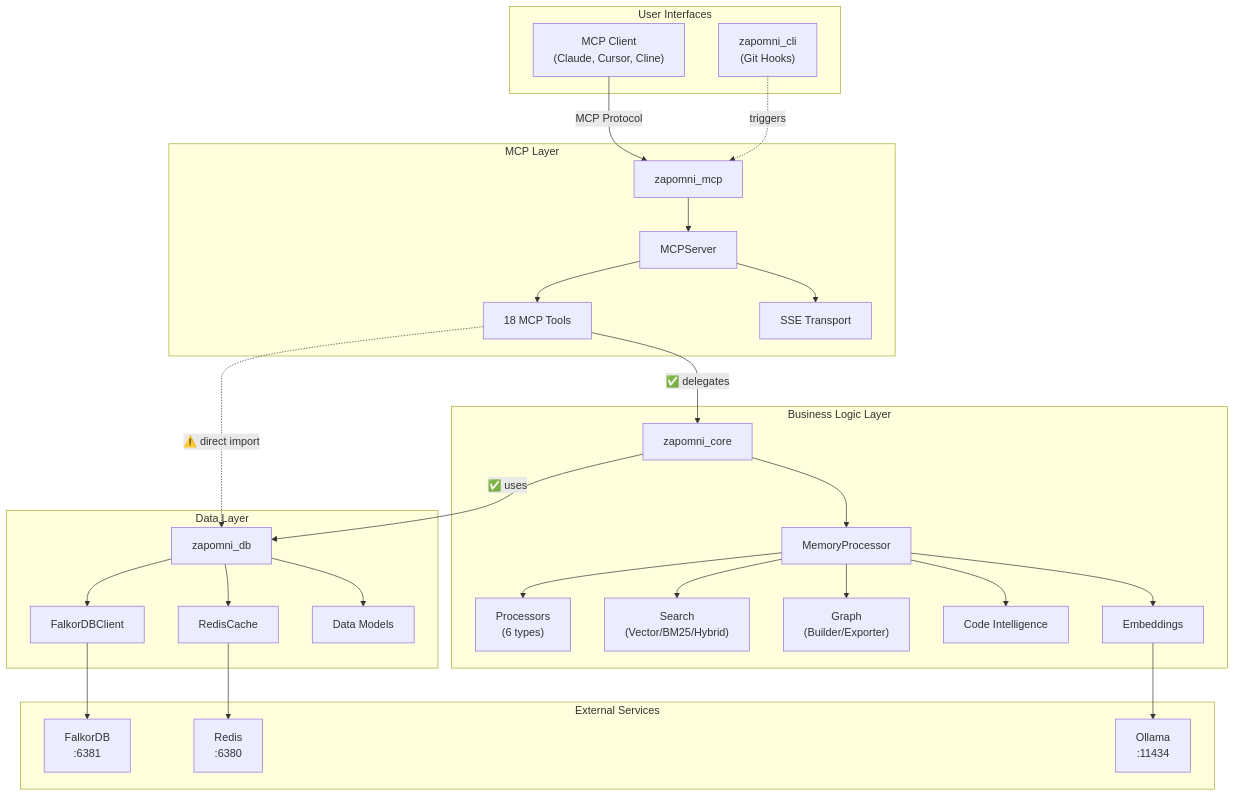
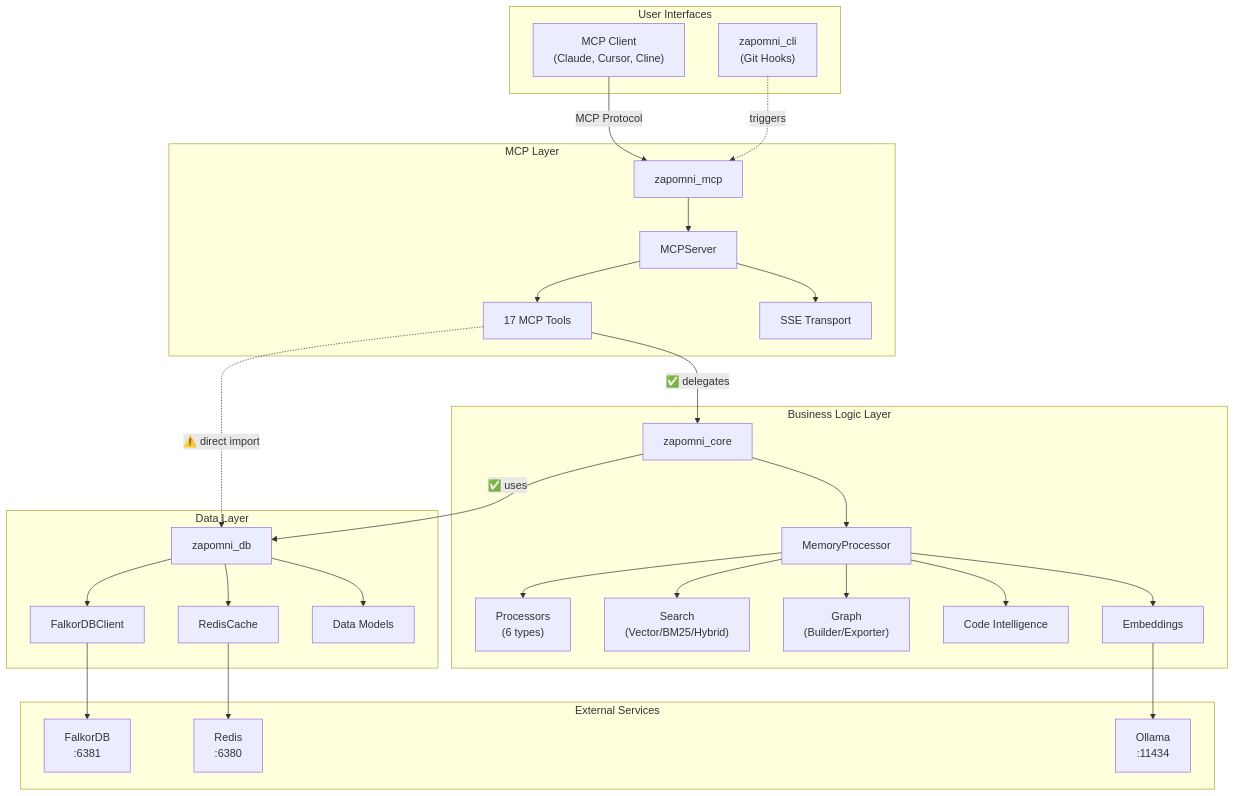
One commit to alienxs2/zapomni changed the first of 3 diagrams in docs/ARCHITECTURE.md. Above: the diagram before and after it, drawn with Mermaid. The commit also changed other lines of this file and 9 other files, not shown here.

````diff
--- a/docs/ARCHITECTURE.md
+++ b/docs/ARCHITECTURE.md
@@ -316,67 +316,67 @@
 ```mermaid
 graph TD
     subgraph "User Interfaces"
         MCP_Client["MCP Client<br/>(Claude, Cursor, Cline)"]
         CLI["zapomni_cli<br/>(Git Hooks)"]
     end
 
     subgraph "MCP Layer"
         MCP["zapomni_mcp"]
         MCPServer["MCPServer"]
-        Tools["18 MCP Tools"]
+        Tools["17 MCP Tools"]
         SSE["SSE Transport"]
     end
 
     subgraph "Business Logic Layer"
         Core["zapomni_core"]
         MP["MemoryProcessor"]
         Proc["Processors<br/>(6 types)"]
         Search["Search<br/>(Vector/BM25/Hybrid)"]
         Graph["Graph<br/>(Builder/Exporter)"]
         Code["Code Intelligence"]
         Embed["Embeddings"]
     end
 
     subgraph "Data Layer"
         DB["zapomni_db"]
         Falkor["FalkorDBClient"]
         Redis["RedisCache"]
         Models["Data Models"]
     end
 
     subgraph "External Services"
         FalkorDB["FalkorDB<br/>:6381"]
         RedisServer["Redis<br/>:6380"]
         Ollama["Ollama<br/>:11434"]
     end
 
     MCP_Client -->|"MCP Protocol"| MCP
     MCP --> MCPServer
     MCPServer --> Tools
     MCPServer --> SSE
 
     Tools -->|"✅ delegates"| Core
     Tools -.->|"⚠️ direct import"| DB
 
     Core --> MP
     MP --> Proc
     MP --> Search
     MP --> Graph
     MP --> Code
     MP --> Embed
 
     Core -->|"✅ uses"| DB
 
     DB --> Falkor
     DB --> Redis
     DB --> Models
 
     Falkor --> FalkorDB
     Redis --> RedisServer
     Embed --> Ollama
 
     CLI -.->|"triggers"| MCP
 
     classDef violation stroke:#f00,stroke-width:2px
     classDef warning stroke:#ff0,stroke-width:2px
 ```
````
